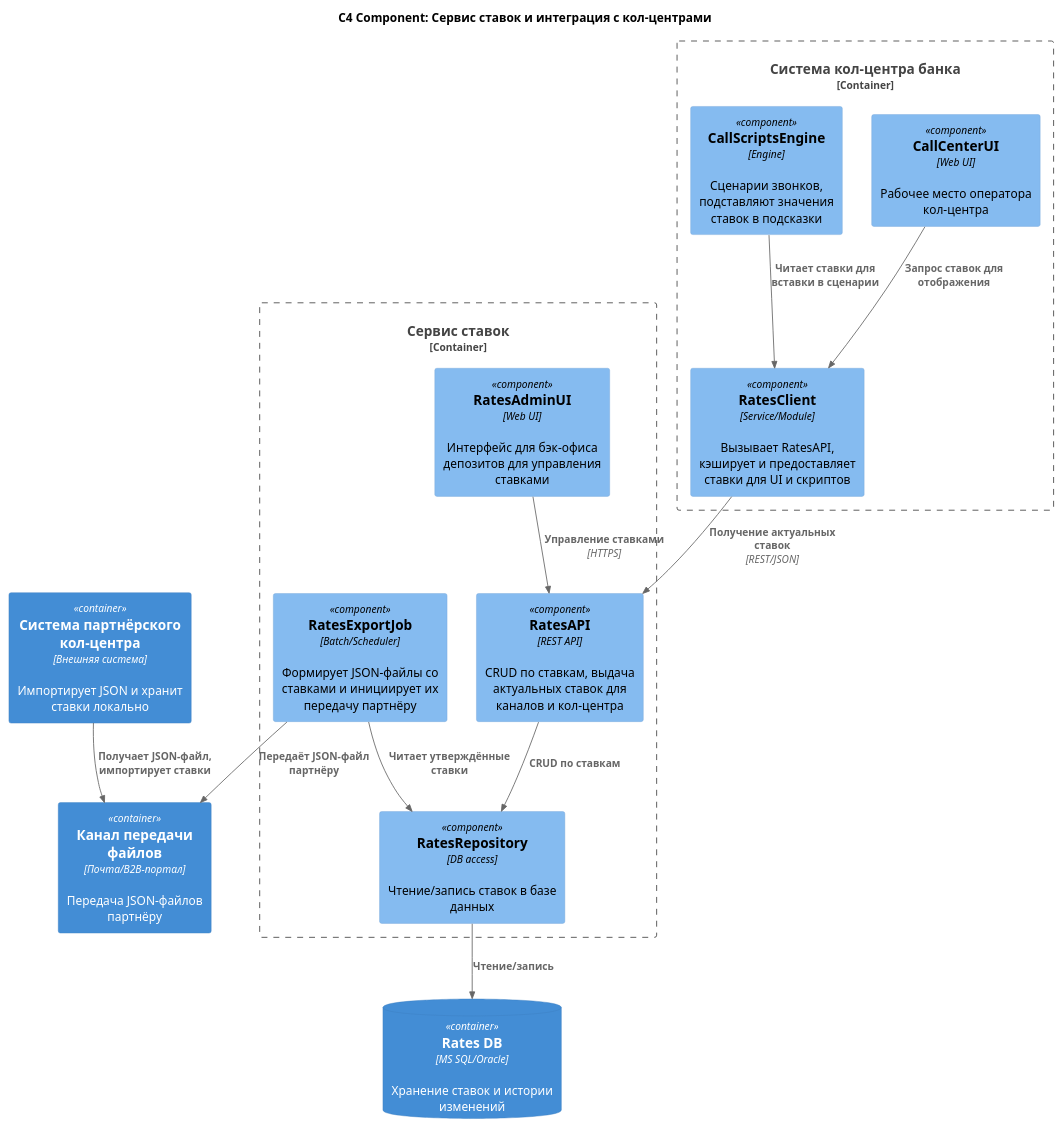
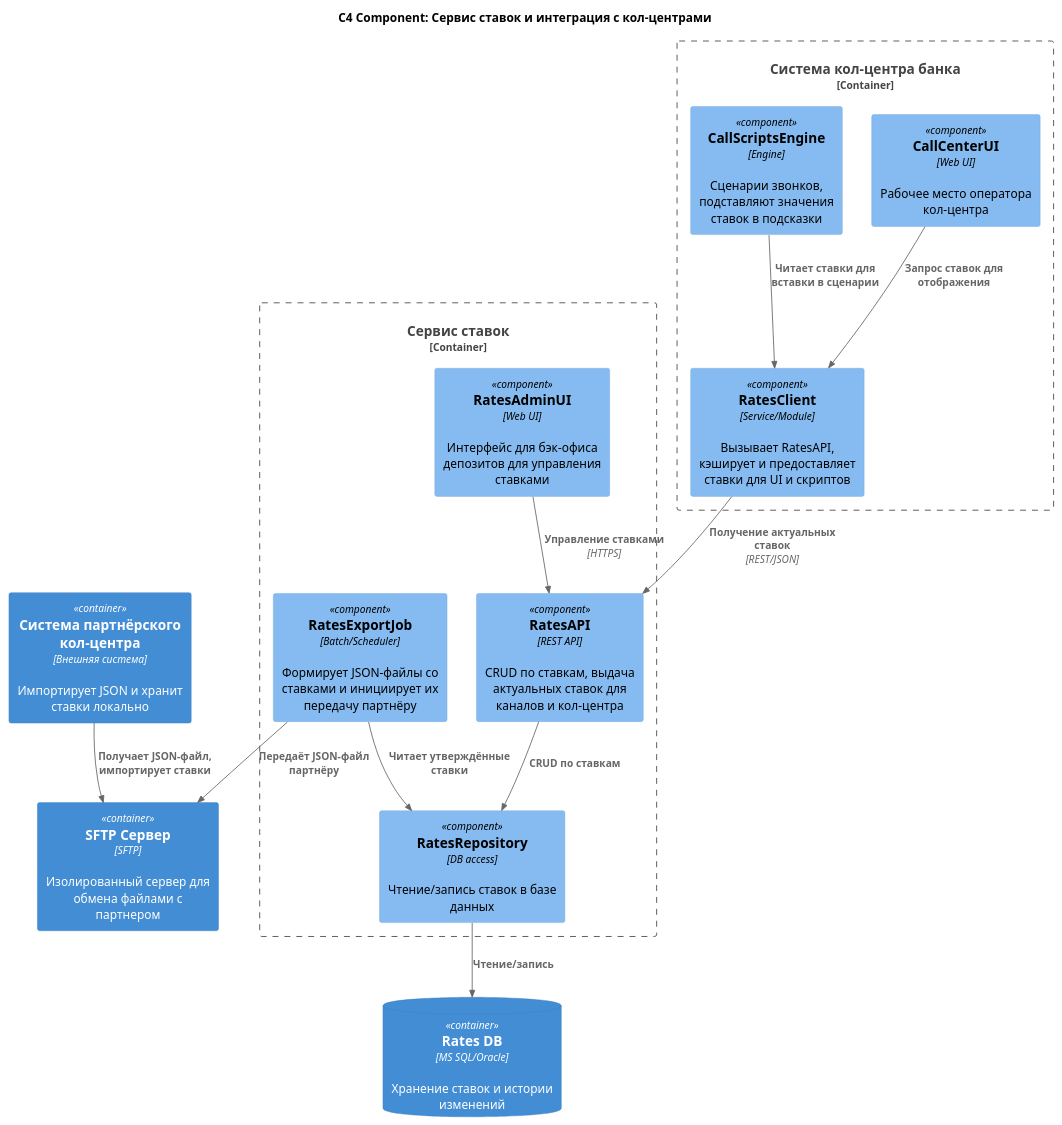
Before and after one commit to konevre/architecture-pro-standart: the diagram in Task4/C4_Component_Rates_CallCenters.puml, drawn with PlantUML. The commit also changed 5 other files, not shown here.

```diff
--- a/Task4/C4_Component_Rates_CallCenters.puml
+++ b/Task4/C4_Component_Rates_CallCenters.puml
@@ -1,36 +1,36 @@
 @startuml C4_Component_Rates_CallCenters
 !include https://raw.githubusercontent.com/plantuml-stdlib/C4-PlantUML/master/C4_Component.puml
 
 title C4 Component: Сервис ставок и интеграция с кол-центрами
 
 Container_Boundary(RatesBoundary, "Сервис ставок") {
   Component(RatesAdminUI, "RatesAdminUI", "Web UI", "Интерфейс для бэк-офиса депозитов для управления ставками")
   Component(RatesAPI, "RatesAPI", "REST API", "CRUD по ставкам, выдача актуальных ставок для каналов и кол-центра")
   Component(RatesExportJob, "RatesExportJob", "Batch/Scheduler", "Формирует JSON-файлы со ставками и инициирует их передачу партнёру")
   Component(RatesRepository, "RatesRepository", "DB access", "Чтение/запись ставок в базе данных")
 }
 
 Container_Boundary(CCBoundary, "Система кол-центра банка") {
   Component(CCUI, "CallCenterUI", "Web UI", "Рабочее место оператора кол-центра")
   Component(RatesClient, "RatesClient", "Service/Module", "Вызывает RatesAPI, кэширует и предоставляет ставки для UI и скриптов")
   Component(ScriptsEngine, "CallScriptsEngine", "Engine", "Сценарии звонков, подставляют значения ставок в подсказки")
 }
 
 Container(PartnerCCSystem, "Система партнёрского кол-центра", "Внешняя система", "Импортирует JSON и хранит ставки локально")
 ContainerDb(RatesDB, "Rates DB", "MS SQL/Oracle", "Хранение ставок и истории изменений")
-Container(FileChannel, "Канал передачи файлов", "Почта/B2B-портал", "Передача JSON-файлов партнёру")
+Container(FileChannel, "SFTP Сервер", "SFTP", "Изолированный сервер для обмена файлами с партнером")
 
 Rel(RatesAdminUI, RatesAPI, "Управление ставками", "HTTPS")
 Rel(RatesAPI, RatesRepository, "CRUD по ставкам")
 Rel(RatesRepository, RatesDB, "Чтение/запись")
 
 Rel(CCUI, RatesClient, "Запрос ставок для отображения")
 Rel(RatesClient, RatesAPI, "Получение актуальных ставок", "REST/JSON")
 Rel(ScriptsEngine, RatesClient, "Читает ставки для вставки в сценарии")
 
 Rel(RatesExportJob, RatesRepository, "Читает утверждённые ставки")
 Rel(RatesExportJob, FileChannel, "Передаёт JSON-файл партнёру")
 
 Rel(PartnerCCSystem, FileChannel, "Получает JSON-файл, импортирует ставки")
 
 @enduml
```
